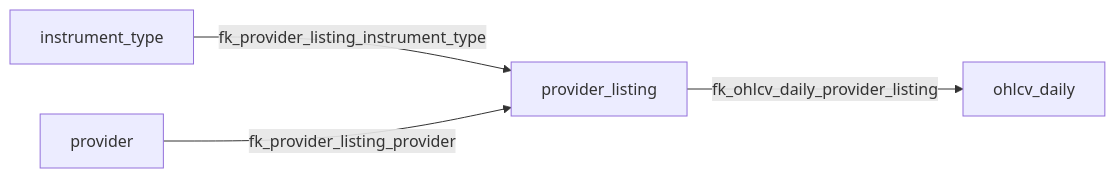
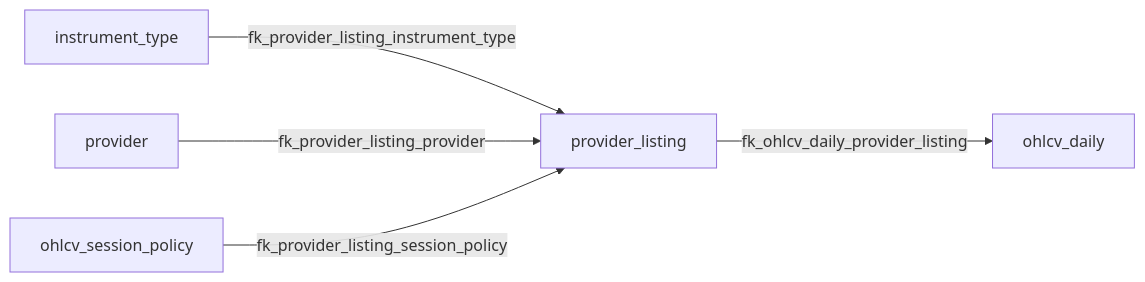
The diagram in docs/db/stonks/generated/erd-groups/ohlcv-relations.md (cmhettinger/empire), drawn with Mermaid before and after one commit. The commit also changed 23 other files, not shown here.

````diff
--- a/docs/db/stonks/generated/erd-groups/ohlcv-relations.md
+++ b/docs/db/stonks/generated/erd-groups/ohlcv-relations.md
@@ -1,11 +1,13 @@
 ```mermaid
 flowchart LR
   instrument_type["instrument_type"]
   ohlcv_daily["ohlcv_daily"]
+  ohlcv_session_policy["ohlcv_session_policy"]
   provider["provider"]
   provider_listing["provider_listing"]
 
   provider_listing -->|fk_ohlcv_daily_provider_listing| ohlcv_daily
   instrument_type -->|fk_provider_listing_instrument_type| provider_listing
   provider -->|fk_provider_listing_provider| provider_listing
+  ohlcv_session_policy -->|fk_provider_listing_session_policy| provider_listing
 ```
````
